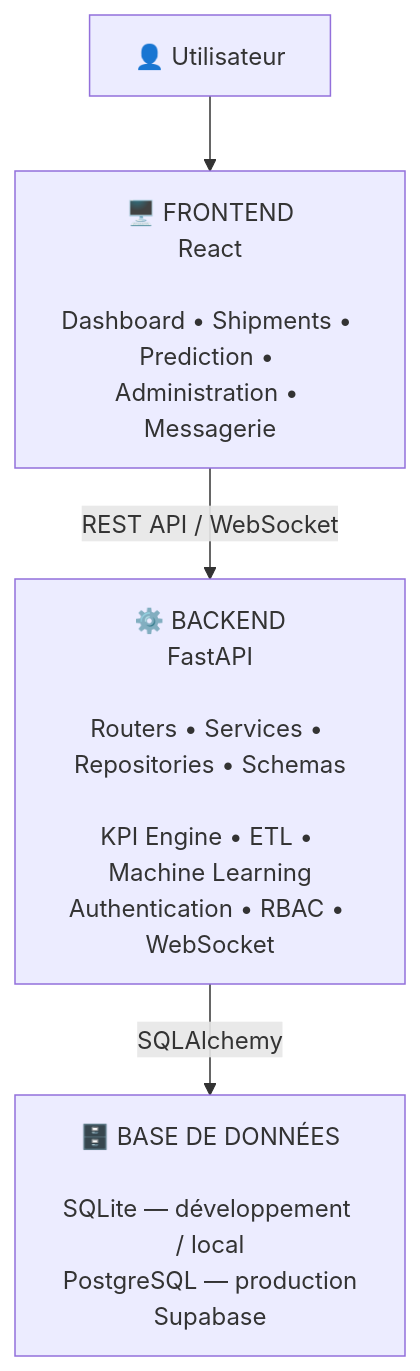
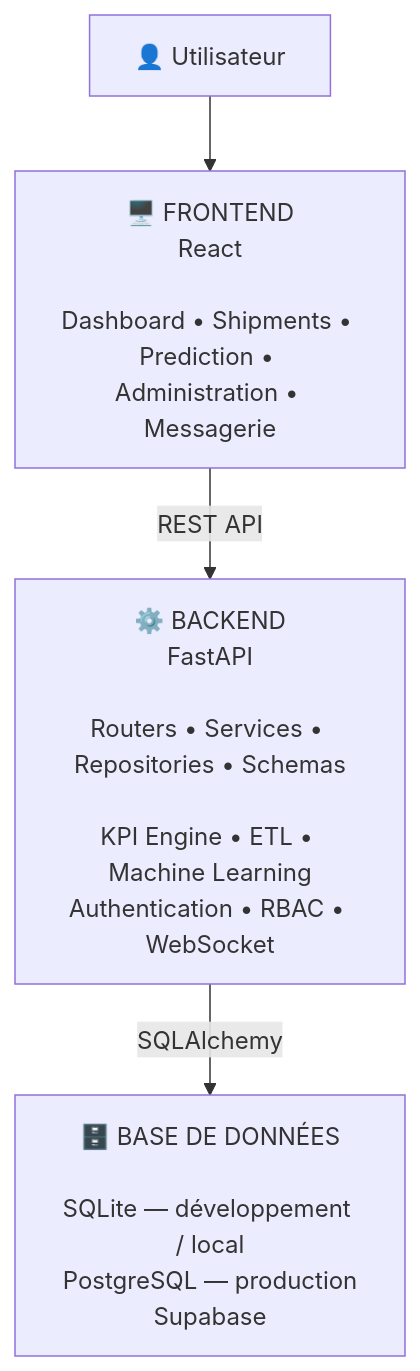
The diagram in README.md (Siham192004/kpi-logistique-monitoring), drawn with Mermaid before and after one commit.

Commit message:
Update README.md
Présentation de l’architecture, des fonctionnalités et des composants techniques de la plateforme, incluant les KPIs, le Machine Learning, l’authentification, la messagerie temps réel et le déploiement.

````diff
--- a/README.md
+++ b/README.md
@@ -45,14 +45,14 @@
 ```mermaid
 flowchart TB
     U["👤 Utilisateur"]
 
     F["🖥️ FRONTEND<br/>React<br/><br/>Dashboard • Shipments • Prediction • Administration • Messagerie"]
 
     B["⚙️ BACKEND<br/>FastAPI<br/><br/>Routers • Services • Repositories • Schemas<br/><br/>KPI Engine • ETL • Machine Learning<br/>Authentication • RBAC • WebSocket"]
 
     D["🗄️ BASE DE DONNÉES<br/><br/>SQLite — développement / local<br/>PostgreSQL — production<br/>Supabase"]
 
     U --> F
-    F -->|"REST API / WebSocket"| B
+    F -->|"REST API"| B
     B -->|"SQLAlchemy"| D
 ```
````
